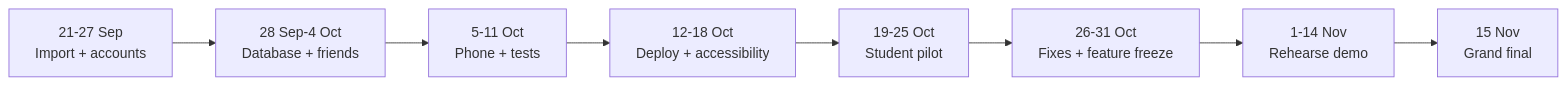
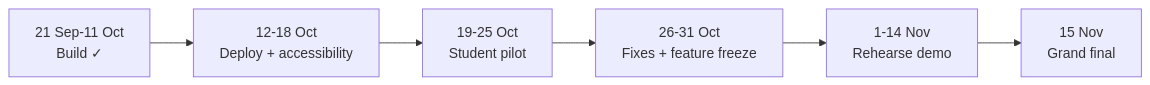
The third of 3 diagrams in README.md (25006675-png/Island_life), drawn with Mermaid before and after one commit. The commit also changed other lines of this file and 57 other files, not shown here.

````diff
--- a/README.md
+++ b/README.md
@@ -473,13 +563,11 @@
 ```mermaid
 flowchart LR
-    A["21-27 Sep<br/>Import + accounts"]
-    B["28 Sep-4 Oct<br/>Database + friends"]
-    C["5-11 Oct<br/>Phone + tests"]
+    A["21 Sep-11 Oct<br/>Build ✓"]
     D["12-18 Oct<br/>Deploy + accessibility"]
     E["19-25 Oct<br/>Student pilot"]
     F["26-31 Oct<br/>Fixes + feature freeze"]
     G["1-14 Nov<br/>Rehearse demo"]
     H["15 Nov<br/>Grand final"]
 
-    A --> B --> C --> D --> E --> F --> G --> H
+    A --> D --> E --> F --> G --> H
 ```
````
